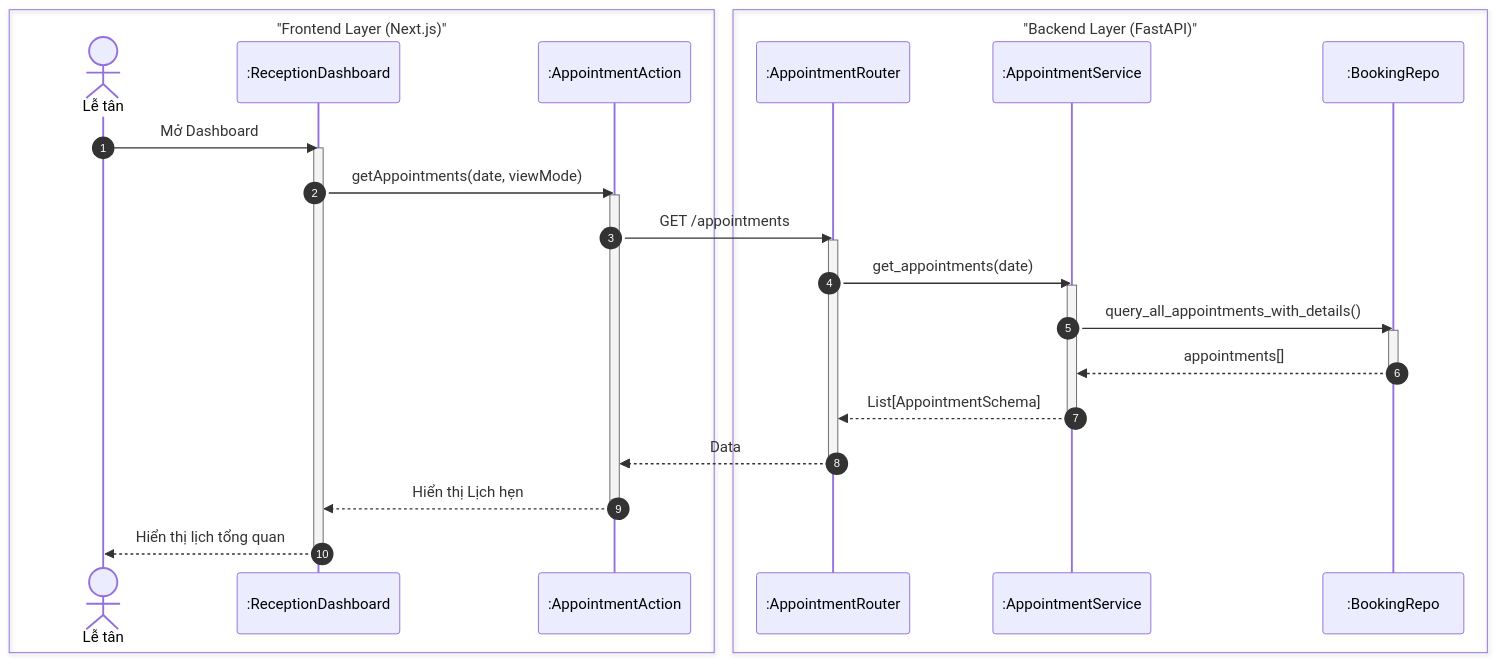
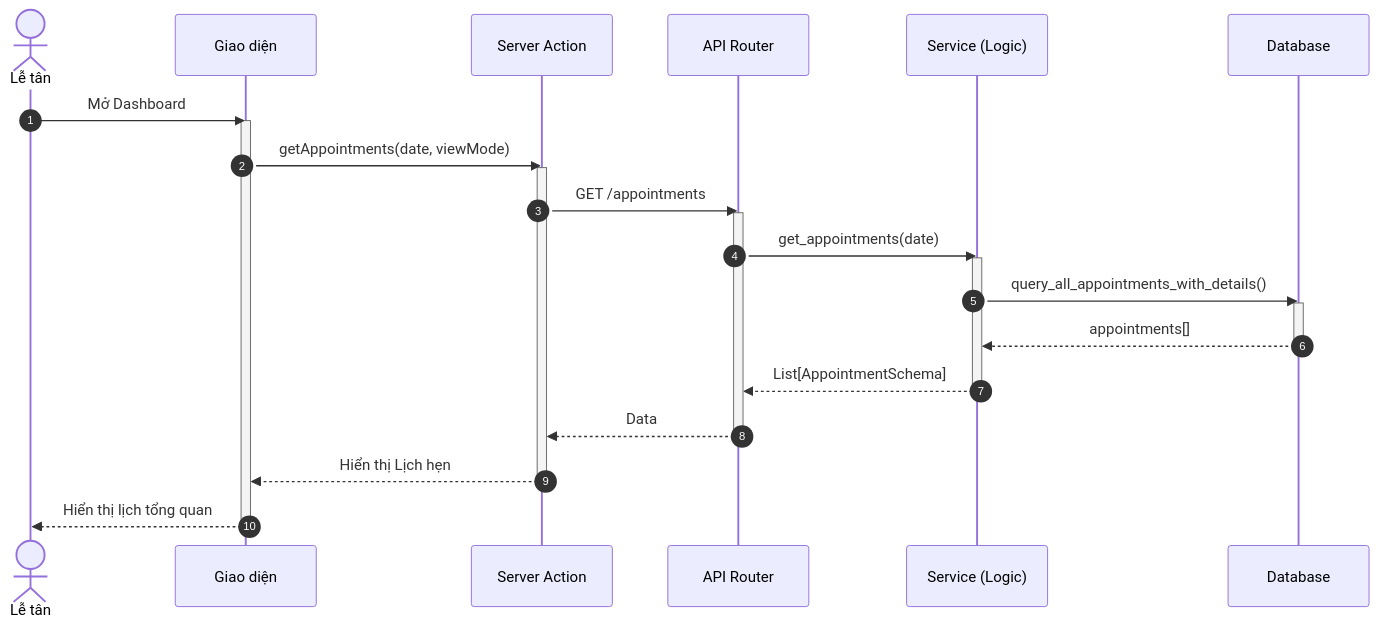
Before and after one commit to ngoctinn/Synapse: the first of 4 diagrams in docs/design/sequences/receptionist_flows.md, drawn with Mermaid. The commit also changed other lines of this file and 4 other files, not shown here.

Commit message:
docs: Add initial sequence diagrams for admin, authentication, customer, receptionist, and technician flows.

````diff
--- a/docs/design/sequences/receptionist_flows.md
+++ b/docs/design/sequences/receptionist_flows.md
@@ -28,43 +28,38 @@
 ```mermaid
 sequenceDiagram
     autonumber
-    box "Frontend Layer (Next.js)"
-        actor LT as Lễ tân
-        participant UI as :ReceptionDashboard
-        participant BFF as :AppointmentAction
-    end
-
-    box "Backend Layer (FastAPI)"
-        participant API as :AppointmentRouter
-        participant S as :AppointmentService
-        participant DB as :BookingRepo
-    end
+    actor LT as Lễ tân
+    participant UI as Giao diện
+    participant BFF as Server Action
+    participant API as API Router
+    participant S as Service (Logic)
+    participant DB as Database
 
     LT->>UI: Mở Dashboard
     activate UI
     UI->>BFF: getAppointments(date, viewMode)
     activate BFF
 
     BFF->>API: GET /appointments
     activate API
 
     API->>S: get_appointments(date)
     activate S
 
     S->>DB: query_all_appointments_with_details()
     activate DB
     DB-->>S: appointments[]
     deactivate DB
 
     S-->>API: List[AppointmentSchema]
     deactivate S
 
     API-->>BFF: Data
     deactivate API
 
     BFF-->>UI: Hiển thị Lịch hẹn
     deactivate BFF
 
     UI-->>LT: Hiển thị lịch tổng quan
     deactivate UI
 ```
````
